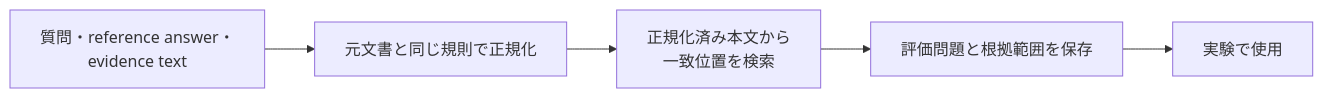
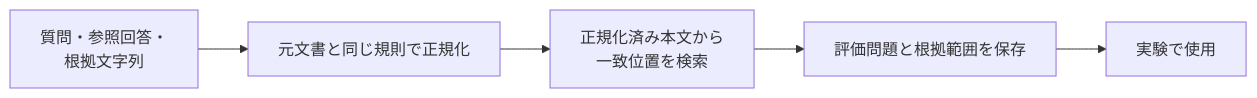
Before and after one commit to takashit16833/RAGScope: the fifth of 6 diagrams in project-docs/design/システムアーキテクチャ.md, drawn with Mermaid. The commit also changed other lines of this file and 2 other files, not shown here.

Commit message:
refactor system architecture and documentation guidelines

````diff
--- a/project-docs/design/システムアーキテクチャ.md
+++ b/project-docs/design/システムアーキテクチャ.md
@@ -321,7 +334,7 @@
 ```mermaid
 flowchart LR
-    Input["質問・reference answer・<br>evidence text"] --> Normalize["元文書と同じ規則で正規化"]
+    Input["質問・参照回答・<br>根拠文字列"] --> Normalize["元文書と同じ規則で正規化"]
     Normalize --> Locate["正規化済み本文から<br>一致位置を検索"]
     Locate --> Case["評価問題と根拠範囲を保存"]
     Case --> Run["実験で使用"]
 ```
````
